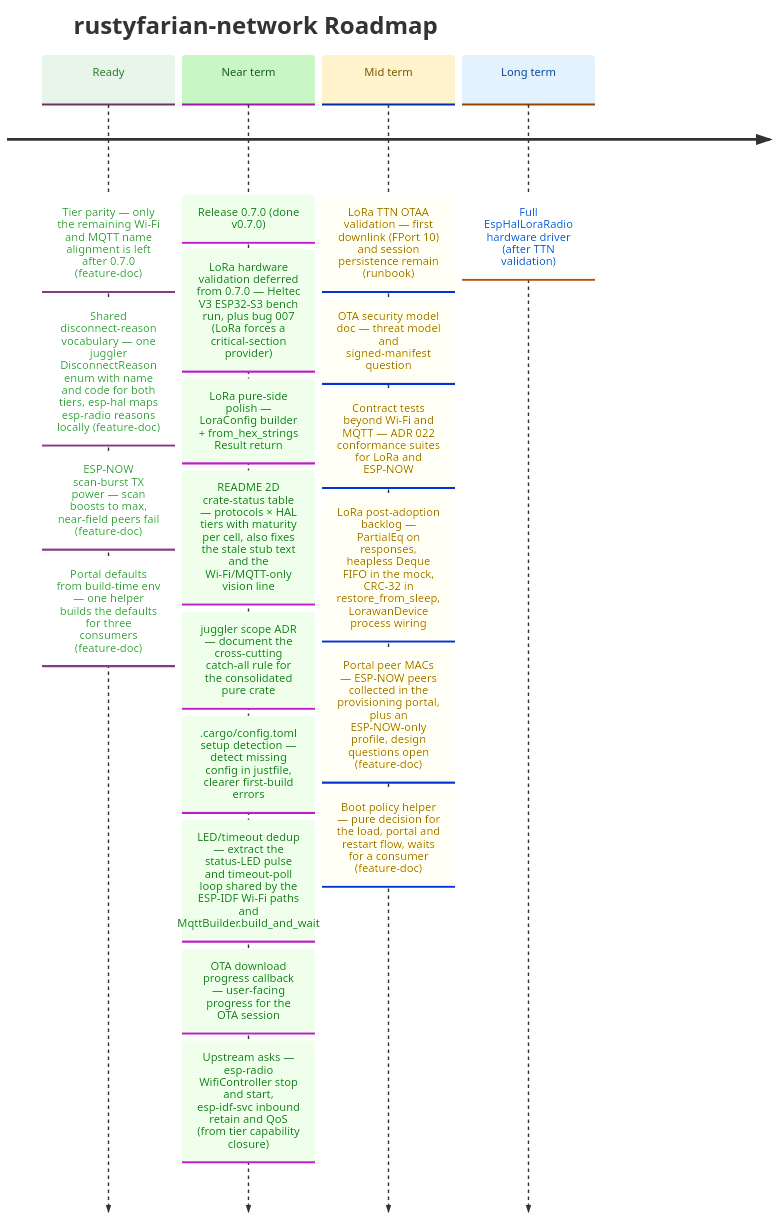
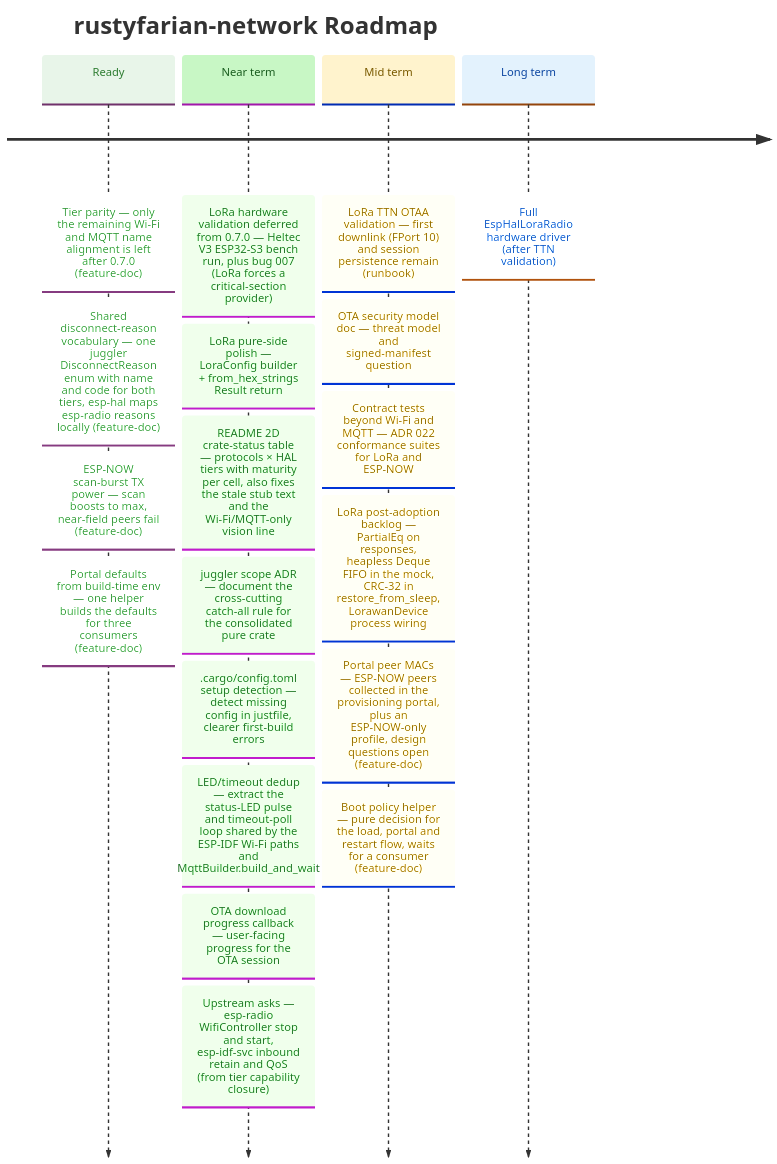
Before and after one commit to datenkollektiv/rustyfarian-network: the diagram in docs/ROADMAP.md, drawn with Mermaid. The commit also changed 30 other files, not shown here.

````diff
--- a/docs/ROADMAP.md
+++ b/docs/ROADMAP.md
@@ -15,41 +15,40 @@
 ```mermaid
 %%{init: {
   "theme": "base",
   "themeVariables": {
     "cScale0": "#e8f5e9",
     "cScaleLabel0": "#2e7d32",
     "cScale1": "#c8f7c5",
     "cScaleLabel1": "#1b5e20",
     "cScale2": "#fff3cd",
     "cScaleLabel2": "#7a5a00",
     "cScale3": "#e3f2fd",
     "cScaleLabel3": "#0d47a1"
   }
 }}%%
 
 timeline
     title rustyfarian-network Roadmap
 
     Ready     : Tier parity — only the remaining Wi-Fi and MQTT name alignment is left after 0.7.0 (feature-doc)
               : Shared disconnect-reason vocabulary — one juggler DisconnectReason enum with name and code for both tiers, esp-hal maps esp-radio reasons locally (feature-doc)
               : ESP-NOW scan-burst TX power — scan boosts to max, near-field peers fail (feature-doc)
               : Portal defaults from build-time env — one helper builds the defaults for three consumers (feature-doc)
-    Near term : Release 0.7.0 (done v0.7.0)
-              : LoRa hardware validation deferred from 0.7.0 — Heltec V3 ESP32-S3 bench run, plus bug 007 (LoRa forces a critical-section provider)
+    Near term : LoRa hardware validation deferred from 0.7.0 — Heltec V3 ESP32-S3 bench run, plus bug 007 (LoRa forces a critical-section provider)
               : LoRa pure-side polish — LoraConfig builder + from_hex_strings Result return
               : README 2D crate-status table — protocols × HAL tiers with maturity per cell, also fixes the stale stub text and the Wi-Fi/MQTT-only vision line
               : juggler scope ADR — document the cross-cutting catch-all rule for the consolidated pure crate
               : .cargo/config.toml setup detection — detect missing config in justfile, clearer first-build errors
               : LED/timeout dedup — extract the status-LED pulse and timeout-poll loop shared by the ESP-IDF Wi-Fi paths and MqttBuilder.build_and_wait
               : OTA download progress callback — user-facing progress for the OTA session
               : Upstream asks — esp-radio WifiController stop and start, esp-idf-svc inbound retain and QoS (from tier capability closure)
 
     Mid term  : LoRa TTN OTAA validation — first downlink (FPort 10) and session persistence remain (runbook)
               : OTA security model doc — threat model and signed-manifest question
               : Contract tests beyond Wi-Fi and MQTT — ADR 022 conformance suites for LoRa and ESP-NOW
               : LoRa post-adoption backlog — PartialEq on responses, heapless Deque FIFO in the mock, CRC-32 in restore_from_sleep, LorawanDevice process wiring
               : Portal peer MACs — ESP-NOW peers collected in the provisioning portal, plus an ESP-NOW-only profile, design questions open (feature-doc)
               : Boot policy helper — pure decision for the load, portal and restart flow, waits for a consumer (feature-doc)
 
     Long term : Full EspHalLoraRadio hardware driver (after TTN validation)
 ```
````
